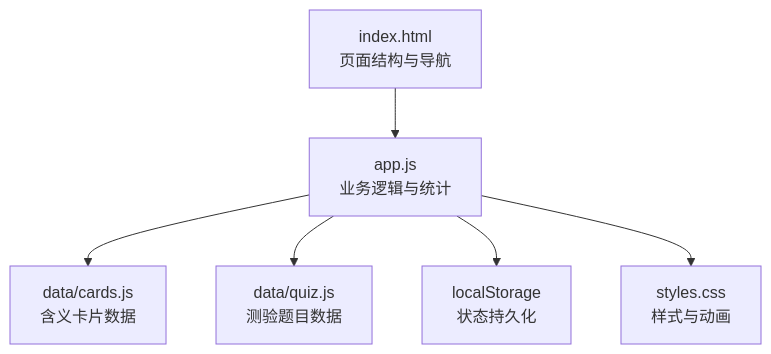
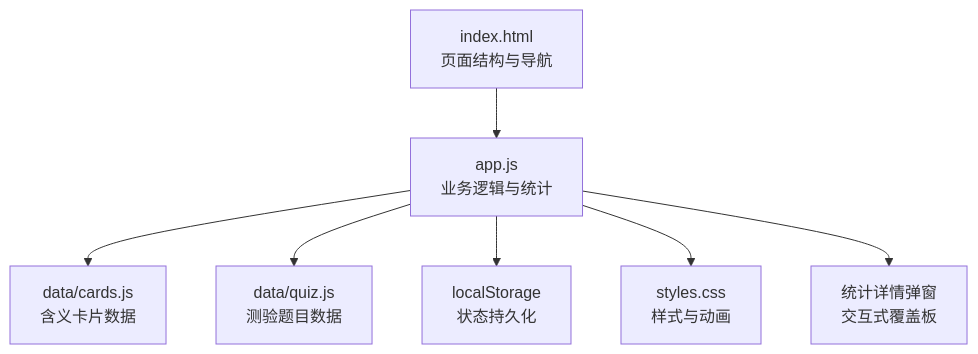
Before and after one commit to lukefun/wenyanbai-demo-v2: the first of 8 diagrams in .qoder/repowiki/zh/content/核心功能/个人统计.md, drawn with Mermaid. The commit also changed other lines of this file and 6 other files, not shown here.

````diff
--- a/.qoder/repowiki/zh/content/核心功能/个人统计.md
+++ b/.qoder/repowiki/zh/content/核心功能/个人统计.md
@@ -30,8 +31,9 @@
 ```mermaid
 graph TB
 A["index.html<br/>页面结构与导航"] --> B["app.js<br/>业务逻辑与统计"]
 B --> C["data/cards.js<br/>含义卡片数据"]
 B --> D["data/quiz.js<br/>测验题目数据"]
 B --> E["localStorage<br/>状态持久化"]
 B --> F["styles.css<br/>样式与动画"]
+B --> G["统计详情弹窗<br/>交互式覆盖板"]
 ```
````
